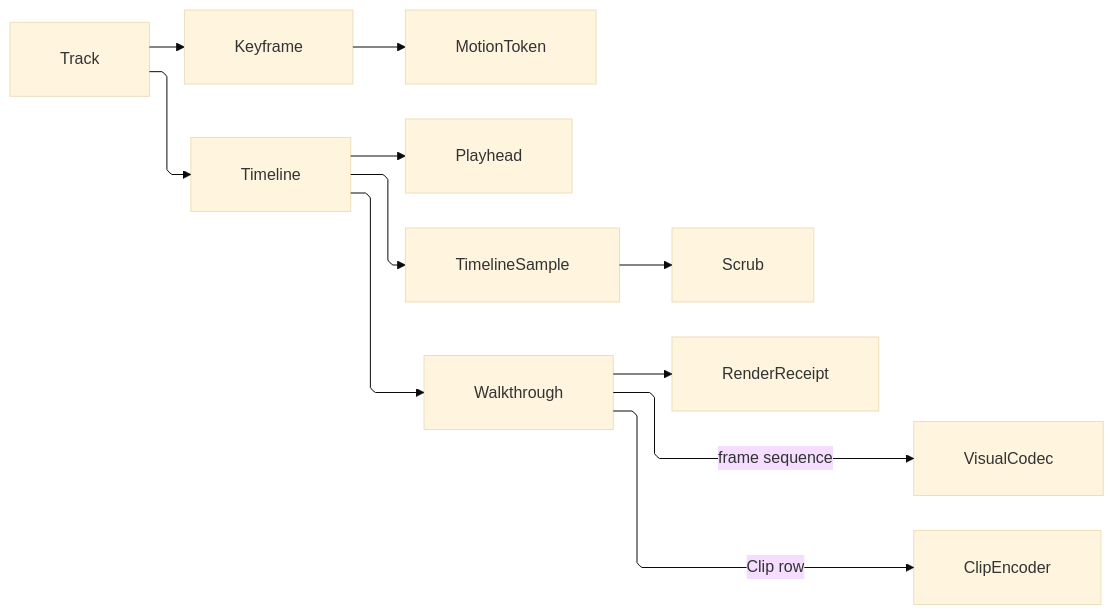
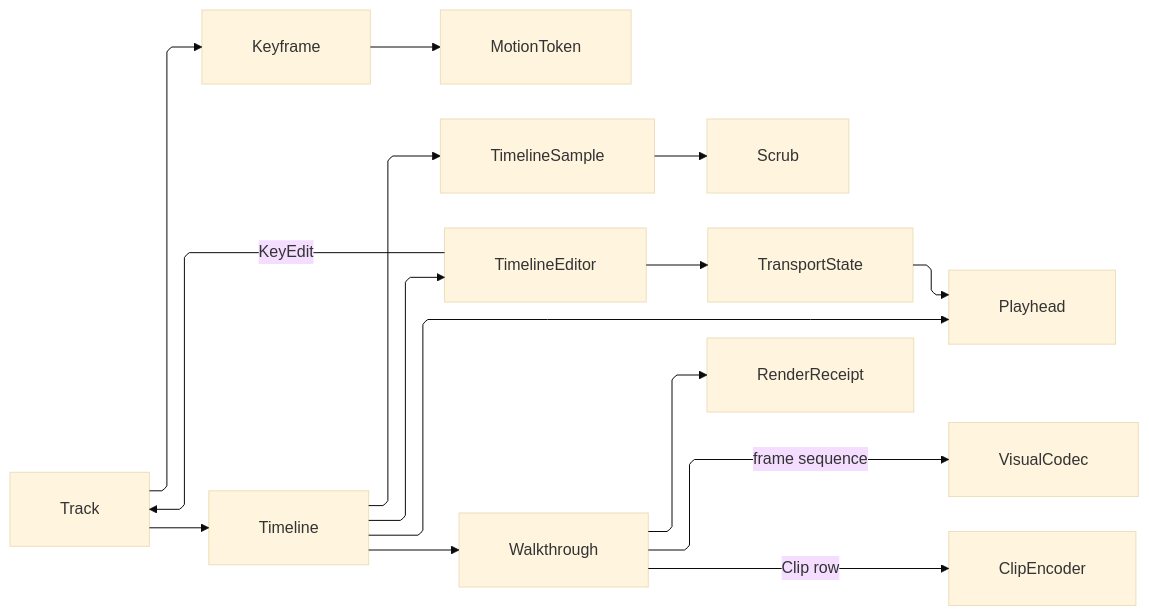
The diagram in libs/csharp/Rasm.AppUi/.planning/Render/animation.md (bsamiee/Rasm), drawn with Mermaid (base theme) before and after one commit. The commit also changed other lines of this file and 747 other files, not shown here.

````diff
--- a/libs/csharp/Rasm.AppUi/.planning/Render/animation.md
+++ b/libs/csharp/Rasm.AppUi/.planning/Render/animation.md
@@ -449,22 +604,26 @@
 ```mermaid
 ---
 config:
   layout: elk
   flowchart:
     curve: linear
     padding: 25
 ---
 flowchart LR
     accTitle: Timeline walkthrough flow
     accDescr: Tracks sample through the timeline into deterministic frame encoding and optional clip muxing.
     Track --> Keyframe
     Keyframe --> MotionToken
     Track --> Timeline
     Timeline --> Playhead
     Timeline --> TimelineSample
     TimelineSample --> Scrub
+    Timeline --> TimelineEditor
+    TimelineEditor -->|KeyEdit| Track
+    TimelineEditor --> TransportState
+    TransportState --> Playhead
     Timeline --> Walkthrough
     Walkthrough -->|frame sequence| VisualCodec
     Walkthrough -->|Clip row| ClipEncoder
     Walkthrough --> RenderReceipt
 ```
````
